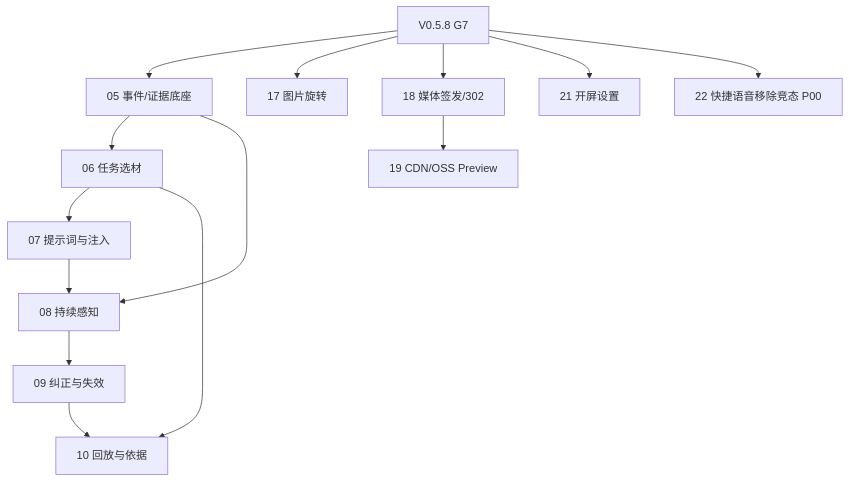
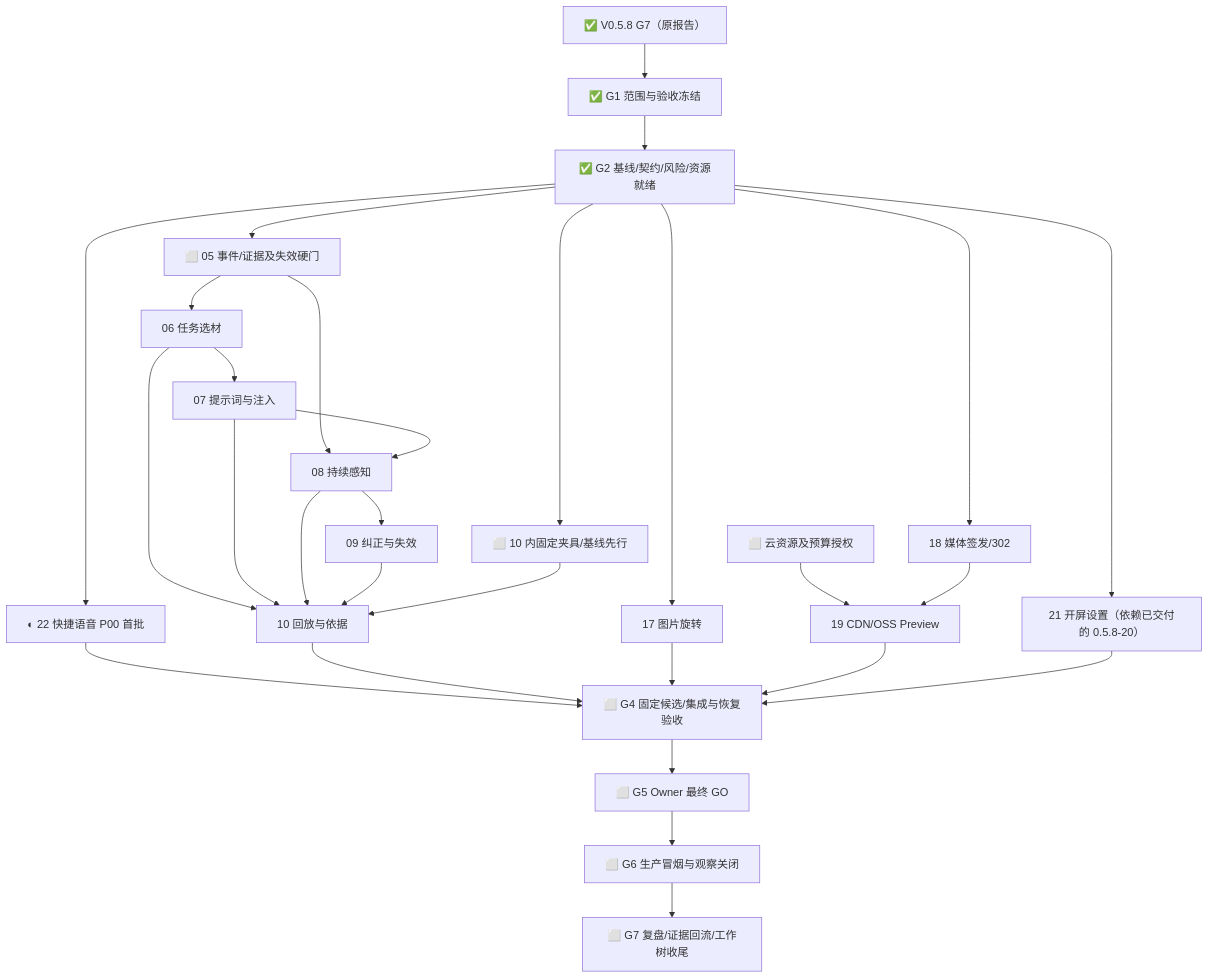
The diagram in reports/iteration-plan-v0.5.9-2026-10-06.md (77Liu/for-now), drawn with Mermaid before and after one commit. The commit also changed other lines of this file and 3 other files, not shown here.

````diff
--- a/reports/iteration-plan-v0.5.9-2026-10-06.md
+++ b/reports/iteration-plan-v0.5.9-2026-10-06.md
@@ -44,16 +163,31 @@
 ```mermaid
 flowchart TD
-  A["V0.5.8 G7"] --> B["05 事件/证据底座"]
+  A["✅ V0.5.8 G7（原报告）"] --> P["✅ G1 范围与验收冻结"]
+  P --> Q["✅ G2 基线/契约/风险/资源就绪"]
+  Q --> L["◐ 22 快捷语音 P00 首批"]
+  Q --> B["⬜ 05 事件/证据及失效硬门"]
   B --> C["06 任务选材"]
   C --> D["07 提示词与注入"]
   B --> E["08 持续感知"]
   D --> E
   E --> F["09 纠正与失效"]
   C --> G["10 回放与依据"]
+  D --> G
+  E --> G
   F --> G
-  A --> H["17 图片旋转"]
-  A --> I["18 媒体签发/302"]
+  Q --> T["⬜ 10 内固定夹具/基线先行"]
+  T --> G
+  Q --> H["17 图片旋转"]
+  Q --> I["18 媒体签发/302"]
+  U["⬜ 云资源及预算授权"] --> J
   I --> J["19 CDN/OSS Preview"]
-  A --> K["21 开屏设置"]
-  A --> L["22 快捷语音移除竞态 P00"]
+  Q --> K["21 开屏设置（依赖已交付的 0.5.8-20）"]
+  L --> M["⬜ G4 固定候选/集成与恢复验收"]
+  G --> M
+  H --> M
+  J --> M
+  K --> M
+  M --> R["⬜ G5 Owner 最终 GO"]
+  R --> S["⬜ G6 生产冒烟与观察关闭"]
+  S --> V["⬜ G7 复盘/证据回流/工作树收尾"]
 ```
````
